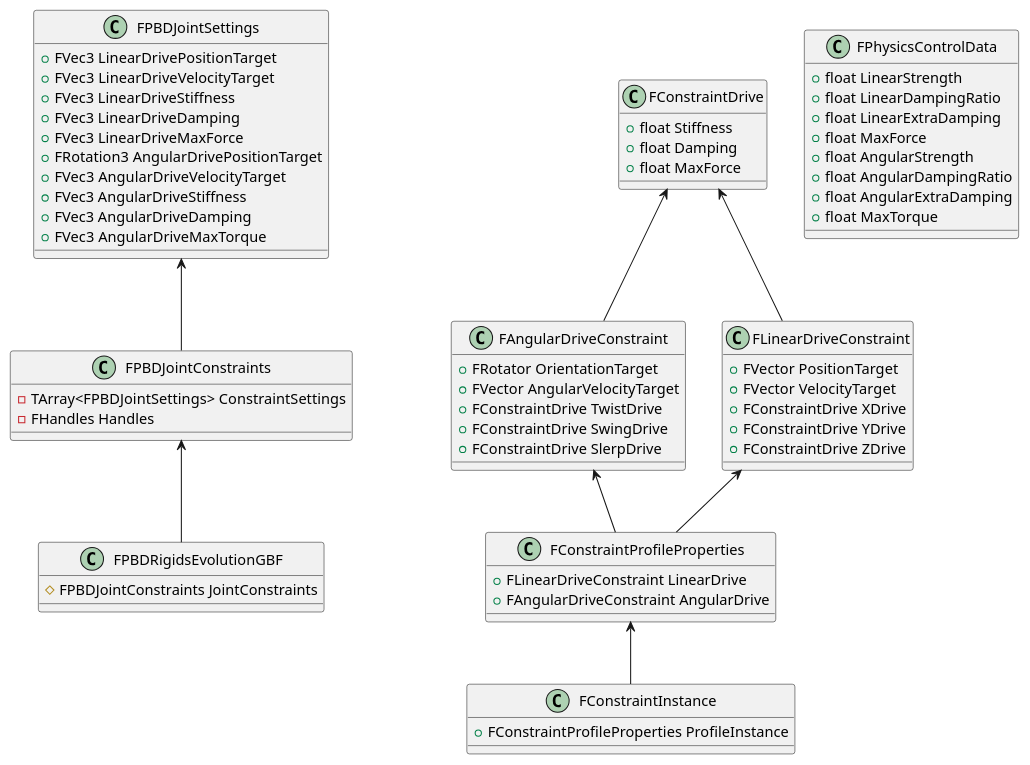
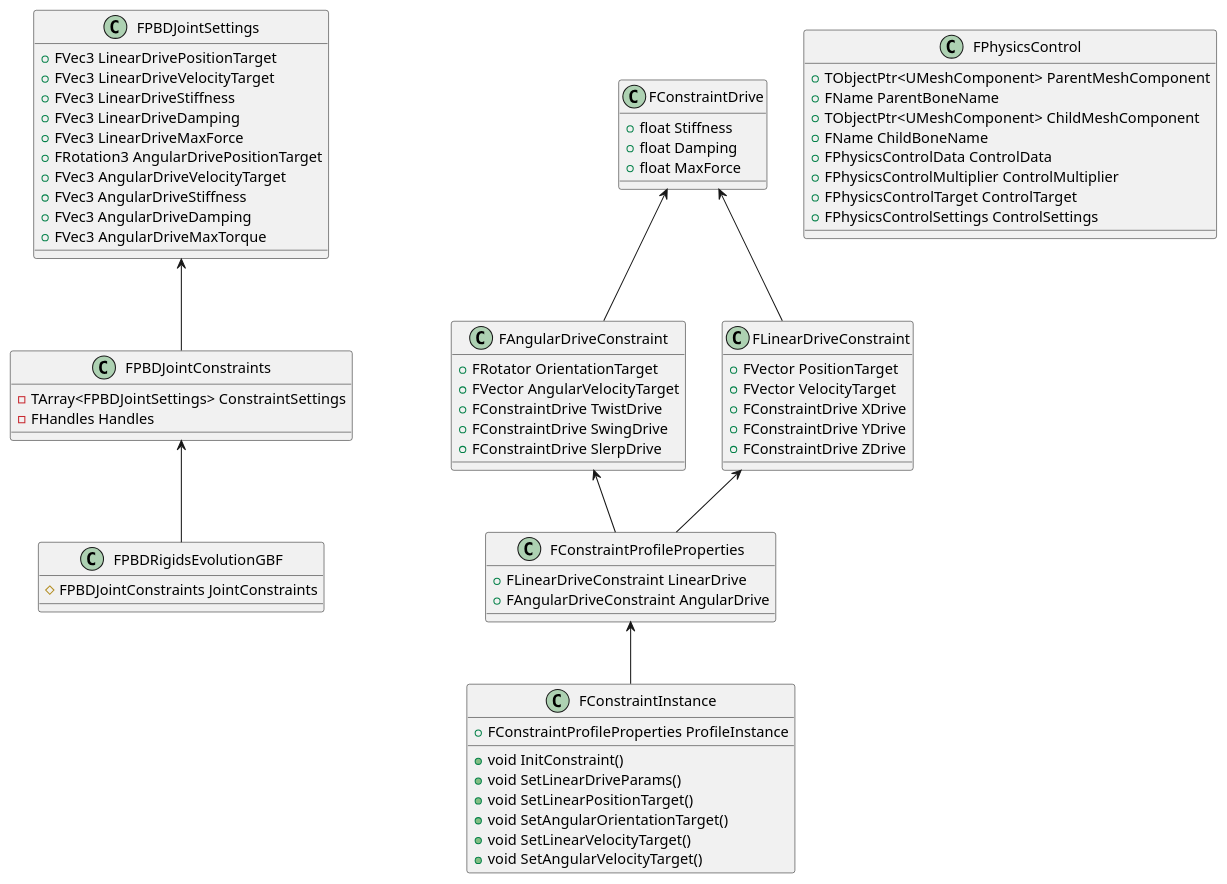
The diagram in UE5.3/PhysicsControl/JointConstraint.puml (zhohn0/vscode-files), drawn with PlantUML before and after one commit. The commit also changed 5 other files, not shown here.

```diff
--- a/UE5.3/PhysicsControl/JointConstraint.puml
+++ b/UE5.3/PhysicsControl/JointConstraint.puml
@@ -1,77 +1,83 @@
 @startuml
 
-class FPhysicsControlData{
-    + float LinearStrength
-	+ float LinearDampingRatio
-	+ float LinearExtraDamping
-	+ float MaxForce
-	+ float AngularStrength
-    + float AngularDampingRatio
-	+ float AngularExtraDamping
-	+ float MaxTorque
+class FPhysicsControl{
+    + TObjectPtr<UMeshComponent> ParentMeshComponent
+    + FName ParentBoneName
+    + TObjectPtr<UMeshComponent> ChildMeshComponent
+    + FName ChildBoneName
+    + FPhysicsControlData ControlData
+    + FPhysicsControlMultiplier ControlMultiplier
+    + FPhysicsControlTarget ControlTarget
+    + FPhysicsControlSettings ControlSettings
 }
 
 class FConstraintDrive{
     + float Stiffness
     + float Damping
     + float MaxForce
 }
 
 class FLinearDriveConstraint{
     + FVector PositionTarget
     + FVector VelocityTarget
     + FConstraintDrive XDrive
     + FConstraintDrive YDrive
     + FConstraintDrive ZDrive
 }
 
 class FAngularDriveConstraint{
     + FRotator OrientationTarget
     + FVector AngularVelocityTarget
     + FConstraintDrive TwistDrive
     + FConstraintDrive SwingDrive
     + FConstraintDrive SlerpDrive
 }
 
 class FConstraintProfileProperties{
     + FLinearDriveConstraint LinearDrive
     + FAngularDriveConstraint AngularDrive
 }
 
 class FConstraintInstance{
     + FConstraintProfileProperties ProfileInstance
+    + void InitConstraint()
+    + void SetLinearDriveParams()
+    + void SetLinearPositionTarget()
+    + void SetAngularOrientationTarget()
+    + void SetLinearVelocityTarget()
+    + void SetAngularVelocityTarget()
 }
 
 ' 关联
 FConstraintInstance -up-> FConstraintProfileProperties
 FConstraintProfileProperties -up-> FLinearDriveConstraint
 FConstraintProfileProperties -up-> FAngularDriveConstraint
 FLinearDriveConstraint -up-> FConstraintDrive
 FAngularDriveConstraint -up-> FConstraintDrive
 
 class FPBDJointSettings{
     + FVec3 LinearDrivePositionTarget
 	+ FVec3 LinearDriveVelocityTarget
 	+ FVec3 LinearDriveStiffness
 	+ FVec3 LinearDriveDamping
 	+ FVec3 LinearDriveMaxForce
     + FRotation3 AngularDrivePositionTarget
 	+ FVec3 AngularDriveVelocityTarget
     + FVec3 AngularDriveStiffness
 	+ FVec3 AngularDriveDamping
 	+ FVec3 AngularDriveMaxTorque
 }
 
 class FPBDJointConstraints{
     - TArray<FPBDJointSettings> ConstraintSettings
     - FHandles Handles
 }
 
 class FPBDRigidsEvolutionGBF{
     # FPBDJointConstraints JointConstraints
 }
 ' 关联
 FPBDJointConstraints -up-> FPBDJointSettings
 FPBDRigidsEvolutionGBF -up-> FPBDJointConstraints
 
 @enduml
```
